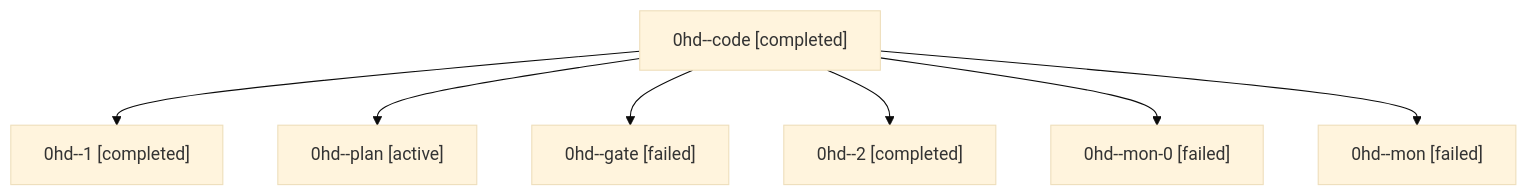
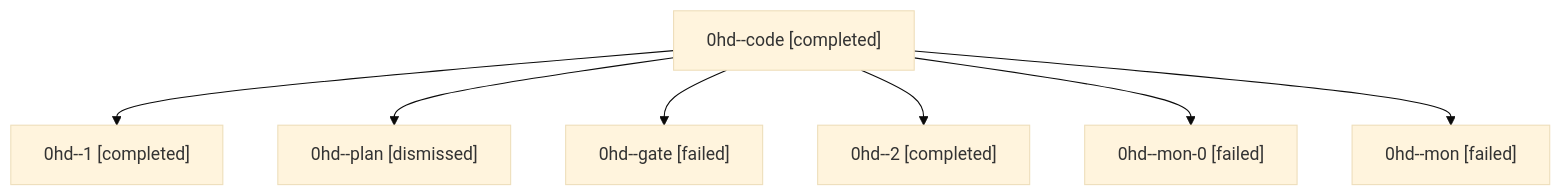
Before and after one commit to sase-org/sase--agents: the diagram in sessions/bbugyi200.athena.0hd.md, drawn with Mermaid (base theme). The commit also changed other lines of this file and 34 other files, not shown here.

````diff
--- a/sessions/bbugyi200.athena.0hd.md
+++ b/sessions/bbugyi200.athena.0hd.md
@@ -9,16 +9,16 @@
 ```mermaid
 flowchart TD
   n0["0hd--code [completed]"]
   n1["0hd--1 [completed]"]
   n0 --> n1
-  n2["0hd--plan [active]"]
+  n2["0hd--plan [dismissed]"]
   n0 --> n2
   n3["0hd--gate [failed]"]
   n0 --> n3
   n4["0hd--2 [completed]"]
   n0 --> n4
   n5["0hd--mon-0 [failed]"]
   n0 --> n5
   n6["0hd--mon [failed]"]
   n0 --> n6
 ```
````
